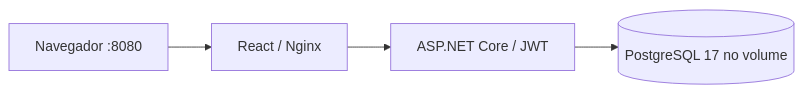
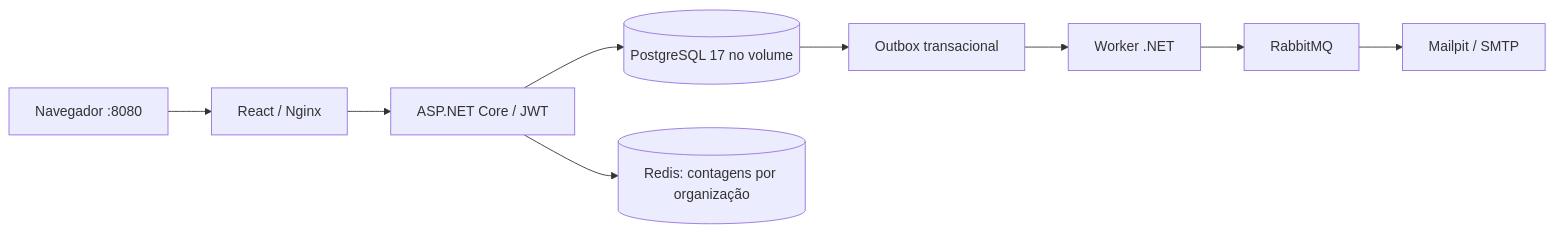
Before and after one commit to LucianoNeo/neotasks: the diagram in README.md, drawn with Mermaid. The commit also changed other lines of this file and 34 other files, not shown here.

Commit message:
refactor: introduce layered architecture and async workers

````diff
--- a/README.md
+++ b/README.md
@@ -53,6 +55,11 @@
 ```mermaid
 flowchart LR
   Browser[Navegador :8080] --> Web[React / Nginx]
   Web --> API[ASP.NET Core / JWT]
   API --> DB[(PostgreSQL 17 no volume)]
+  API --> Cache[(Redis: contagens por organização)]
+  DB --> Outbox[Outbox transacional]
+  Outbox --> Worker[Worker .NET]
+  Worker --> Rabbit[RabbitMQ]
+  Rabbit --> Mail[Mailpit / SMTP]
 ```
````
